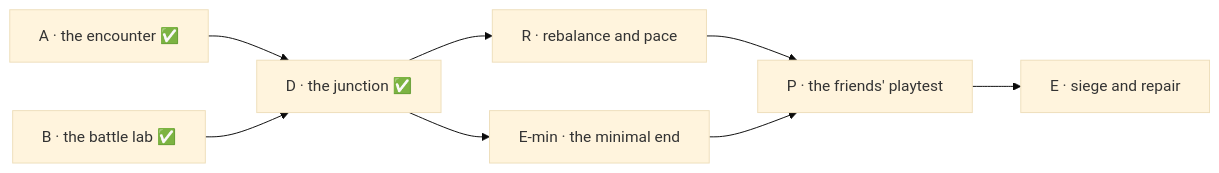
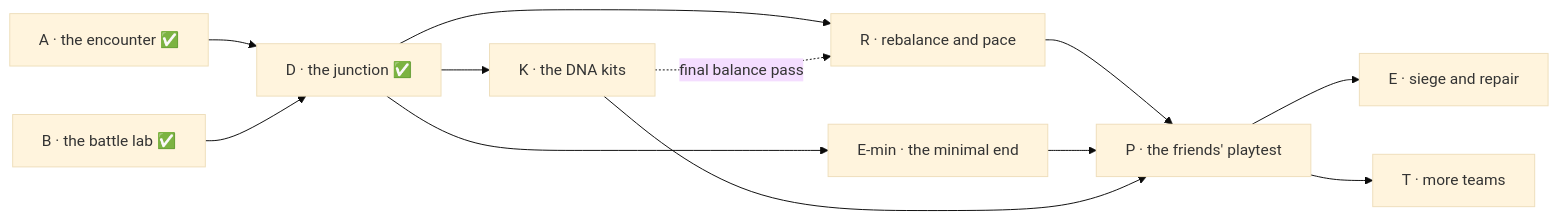
One commit to eliasfeijo/geometrix changed the diagram in docs/ROADMAP.md. Above: the diagram before and after it, drawn with Mermaid (base theme). The commit also changed other lines of this file and 1 other file, not shown here.

First line of the commit message:
docs: place slices R, E-min, K and T in the roadmap

````diff
--- a/docs/ROADMAP.md
+++ b/docs/ROADMAP.md
@@ -25,10 +27,14 @@
 ```mermaid
 flowchart LR
     A["A · the encounter ✅"] --> D["D · the junction ✅"]
     B["B · the battle lab ✅"] --> D
     D --> R["R · rebalance and pace"]
     D --> M["E-min · the minimal end"]
+    D --> K["K · the DNA kits"]
+    K -. "final balance pass" .-> R
     R --> P["P · the friends' playtest"]
     M --> P
+    K --> P
     P --> E["E · siege and repair"]
+    P --> T["T · more teams"]
 ```
````
